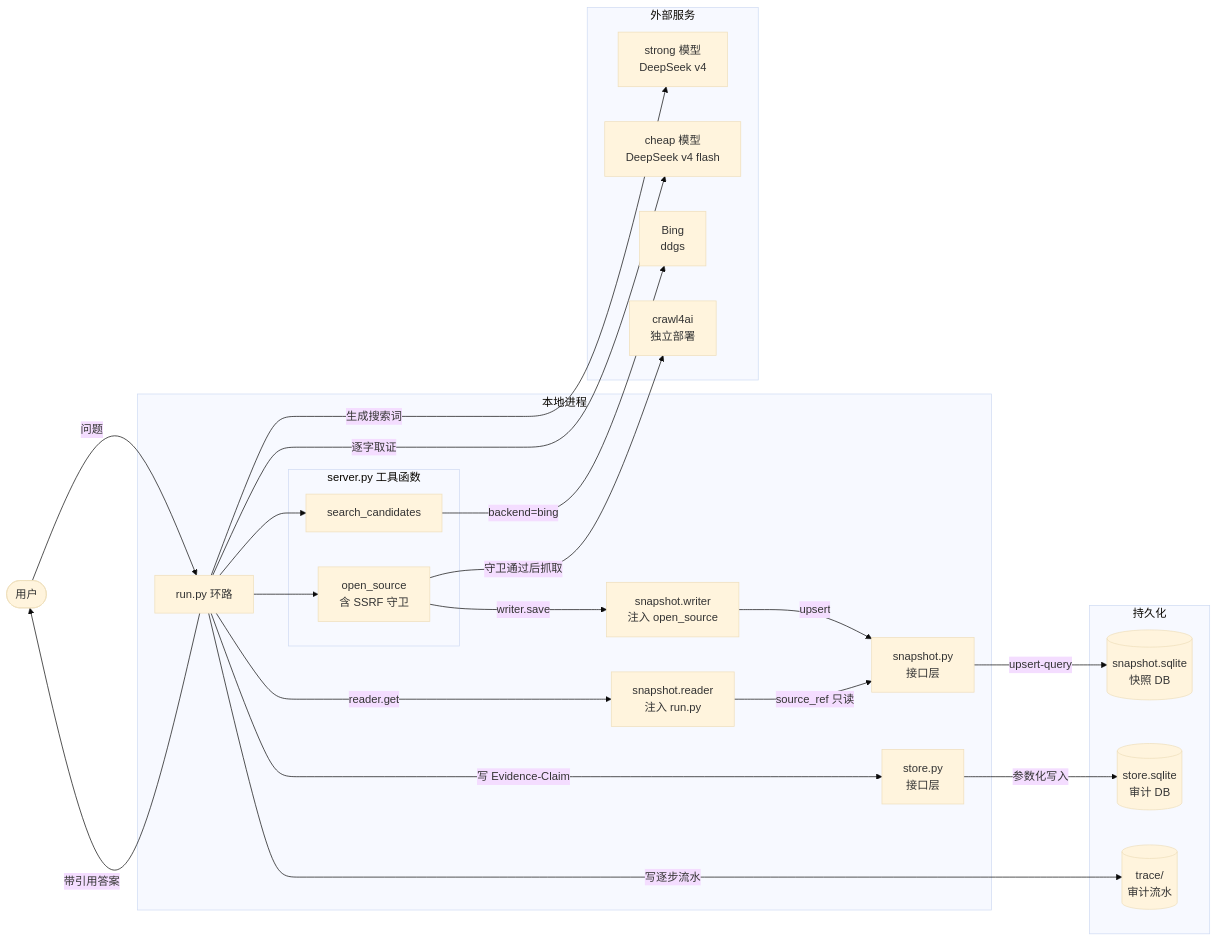
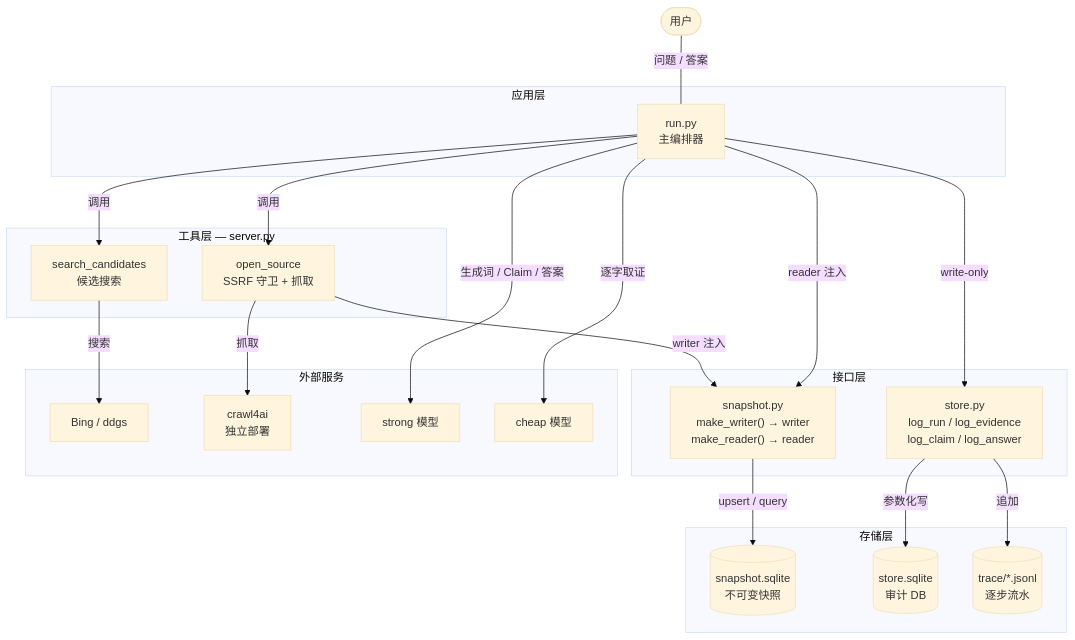
Before and after one commit to SuperCatQR/traceable-research-runtime: the diagram in docs/web-search-architecture.md, drawn with Mermaid (base theme).

Commit message:
docs(web-search): 新增§4.1组件架构图(五层TB布局),原流程图移至§4.2

````diff
--- a/docs/web-search-architecture.md
+++ b/docs/web-search-architecture.md
@@ -86,46 +88,48 @@
 ```mermaid
-flowchart LR
+flowchart TB
     U([用户])
 
-    subgraph P["本地进程"]
-        R["run.py 环路"]
-        subgraph SRV["server.py 工具函数"]
-            SC[search_candidates]
-            OS["open_source<br/>含 SSRF 守卫"]
-        end
-        ST["store.py<br/>接口层"]
-        SN["snapshot.py<br/>接口层"]
-        SNW["snapshot.writer<br/>注入 open_source"]
-        SNR["snapshot.reader<br/>注入 run.py"]
+    subgraph APP["应用层"]
+        R["run.py<br/>主编排器"]
+    end
+
+    subgraph TOOL["工具层 — server.py"]
+        SC["search_candidates<br/>候选搜索"]
+        OS["open_source<br/>SSRF 守卫 + 抓取"]
+    end
+
+    subgraph IFACE["接口层"]
+        STP["store.py<br/>log_run / log_evidence<br/>log_claim / log_answer"]
+        SNP["snapshot.py<br/>make_writer() → writer<br/>make_reader() → reader"]
+    end
+
+    subgraph STORE["存储层"]
+        SNAPDB[("snapshot.sqlite<br/>不可变快照")]
+        AUDITDB[("store.sqlite<br/>审计 DB")]
+        TR[("trace/*.jsonl<br/>逐步流水")]
     end
 
     subgraph EXT["外部服务"]
-        SE["Bing<br/>ddgs"]
+        SE["Bing / ddgs"]
         CR["crawl4ai<br/>独立部署"]
-        S["strong 模型<br/>DeepSeek v4"]
-        C["cheap 模型<br/>DeepSeek v4 flash"]
+        SM["strong 模型"]
+        CM["cheap 模型"]
     end
 
-    subgraph DB_LAYER["持久化"]
-        SNAPDB[("snapshot.sqlite<br/>快照 DB")]
-        AUDITDB[("store.sqlite<br/>审计 DB")]
-        TR[("trace/<br/>审计流水")]
-    end
+    U -- "问题 / 答案" --- R
 
-    U -->|问题| R
-    R -->|生成搜索词| S
-    R -->|逐字取证| C
-    R --> SC
-    SC -->|backend=bing| SE
-    R --> OS
-    OS -->|守卫通过后抓取| CR
-    OS -->|writer.save| SNW
-    SNW -->|upsert| SN
-    SN -->|upsert-query| SNAPDB
-    R -->|reader.get| SNR
-    SNR -->|source_ref 只读| SN
-    R -->|写 Evidence-Claim| ST
-    ST -->|参数化写入| AUDITDB
-    R -->|写逐步流水| TR
-    R -->|带引用答案| U
+    R -- "调用" --> SC
+    R -- "调用" --> OS
+    R -- "write-only" --> STP
+    R -- "reader 注入" --> SNP
+    R -- "生成词 / Claim / 答案" --> SM
+    R -- "逐字取证" --> CM
+
+    SC -- "搜索" --> SE
+    OS -- "抓取" --> CR
+    OS -- "writer 注入" --> SNP
+
+    STP -- "参数化写" --> AUDITDB
+    STP -- "追加" --> TR
+    SNP -- "upsert / query" --> SNAPDB
 ```
````
